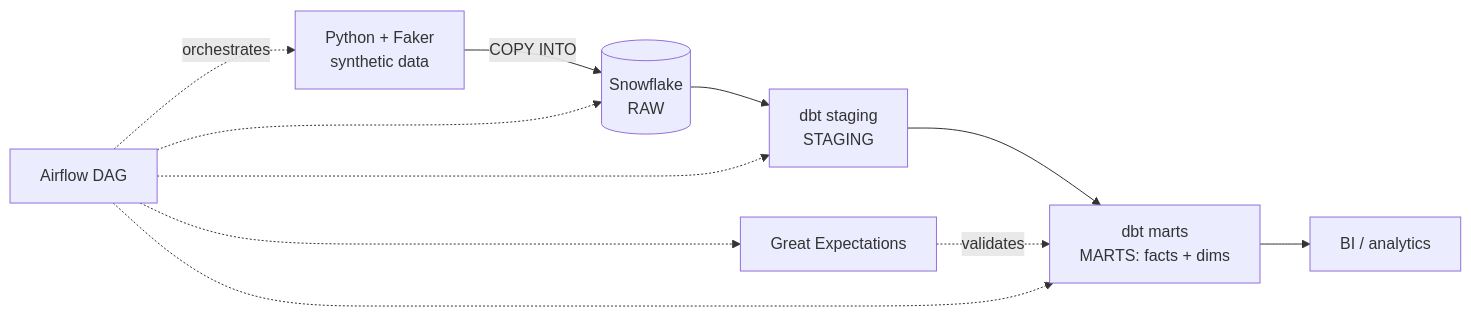
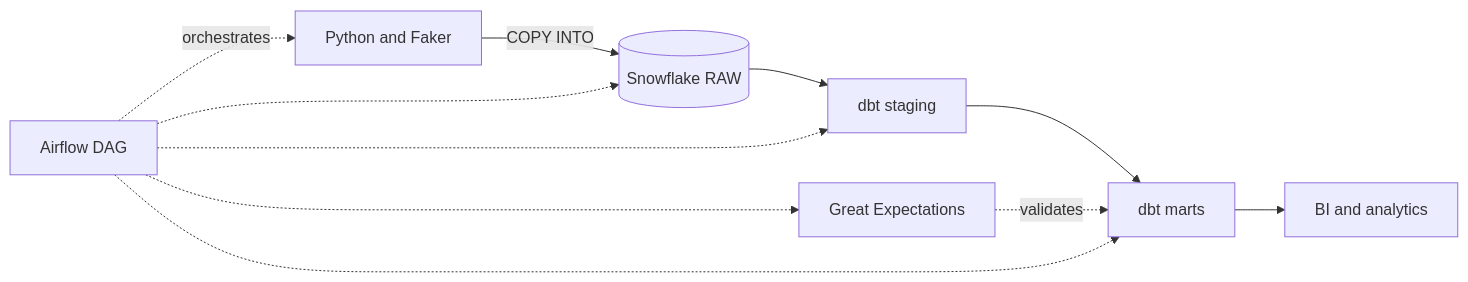
One commit to Prasanna38430/shopstream-analytics changed the diagram in README.md. Above: the diagram before and after it, drawn with Mermaid.

Commit message:
simplify architecture diagram so github renders the mermaid

````diff
--- a/README.md
+++ b/README.md
@@ -11,14 +11,14 @@
 ```mermaid
 flowchart LR
-    A[Python + Faker<br/>synthetic data] -->|COPY INTO| B[(Snowflake<br/>RAW)]
-    B --> C[dbt staging<br/>STAGING]
-    C --> D[dbt marts<br/>MARTS: facts + dims]
-    D --> E[BI / analytics]
+    A[Python and Faker] -->|COPY INTO| B[(Snowflake RAW)]
+    B --> C[dbt staging]
+    C --> D[dbt marts]
+    D --> E[BI and analytics]
 
-    GE[Great Expectations] -.validates.-> D
-    AF[Airflow DAG] -.orchestrates.-> A
+    GE[Great Expectations] -. validates .-> D
+    AF[Airflow DAG] -. orchestrates .-> A
     AF -.-> B
     AF -.-> C
     AF -.-> D
     AF -.-> GE
 ```
````
